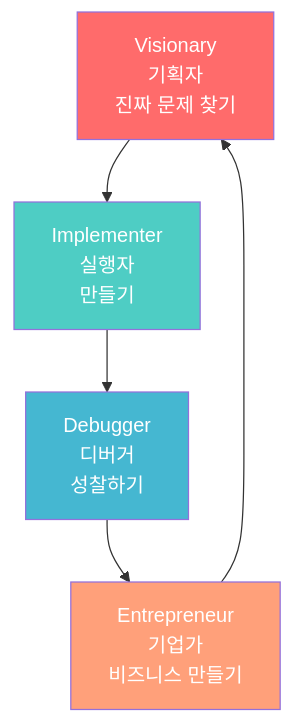
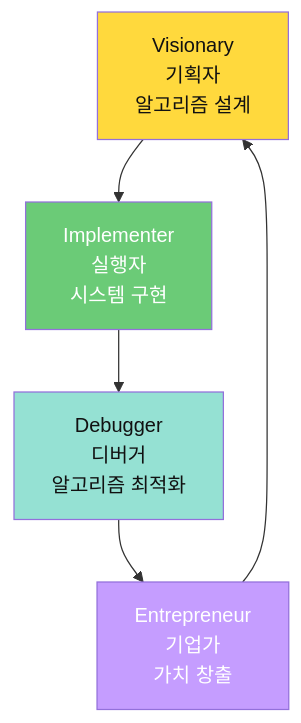
One commit to Collegenie-X/Smart_Factory_Arms_Project changed the first of 10 diagrams in docs/03_바이브_코딩_가이드.md. Above: the diagram before and after it, drawn with Mermaid. The commit also changed other lines of this file and 17 other files, not shown here.

````diff
--- a/docs/03_바이브_코딩_가이드.md
+++ b/docs/03_바이브_코딩_가이드.md
@@ -8,12 +8,12 @@
 ```mermaid
 graph TB
-    V[Visionary<br/>기획자<br/>진짜 문제 찾기] --> I[Implementer<br/>실행자<br/>만들기]
-    I --> B[Debugger<br/>디버거<br/>성찰하기]
-    B --> E[Entrepreneur<br/>기업가<br/>비즈니스 만들기]
+    V[Visionary<br/>기획자<br/>알고리즘 설계] --> I[Implementer<br/>실행자<br/>시스템 구현]
+    I --> B[Debugger<br/>디버거<br/>알고리즘 최적화]
+    B --> E[Entrepreneur<br/>기업가<br/>가치 창출]
     E --> V
     
-    style V fill:#FF6B6B,color:#fff
-    style I fill:#4ECDC4,color:#fff
-    style B fill:#45B7D1,color:#fff
-    style E fill:#FFA07A,color:#fff
+    style V fill:#FFD93D,color:#111
+    style I fill:#6BCB77,color:#fff
+    style B fill:#95E1D3,color:#111
+    style E fill:#C59DFF,color:#fff
 ```
````
